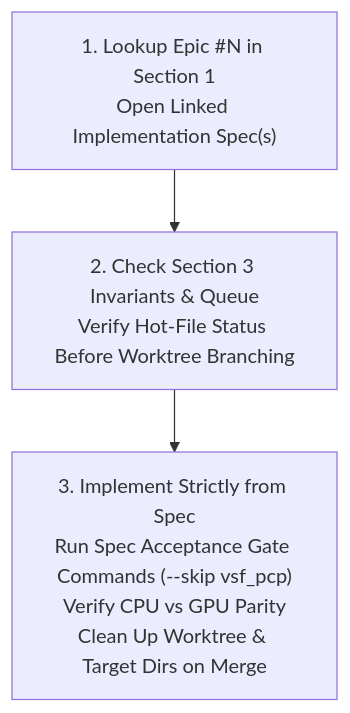
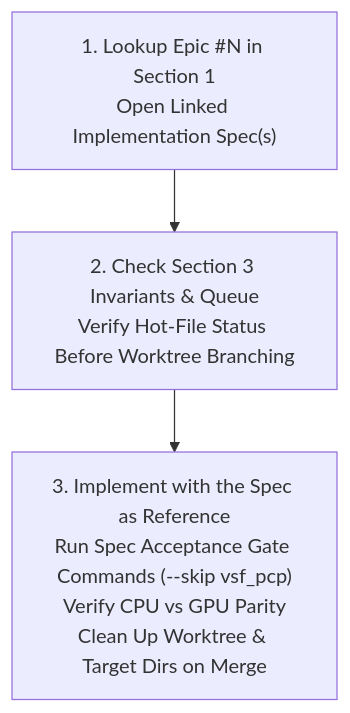
Before and after one commit to jangtrinh/design-os-studio: the first of 2 diagrams in docs/specs/epics-figma-rea/EPIC-FIGMA-SPECS-INDEX.md, drawn with Mermaid. The commit also changed other lines of this file and 3 other files, not shown here.

````diff
--- a/docs/specs/epics-figma-rea/EPIC-FIGMA-SPECS-INDEX.md
+++ b/docs/specs/epics-figma-rea/EPIC-FIGMA-SPECS-INDEX.md
@@ -61,5 +61,5 @@
 ```mermaid
 flowchart TD
     Step1["1. Lookup Epic #N in Section 1<br/>Open Linked Implementation Spec(s)"] --> Step2["2. Check Section 3 Invariants & Queue<br/>Verify Hot-File Status Before Worktree Branching"]
-    Step2 --> Step3["3. Implement Strictly from Spec<br/>Run Spec Acceptance Gate Commands (--skip vsf_pcp)<br/>Verify CPU vs GPU Parity<br/>Clean Up Worktree & Target Dirs on Merge"]
+    Step2 --> Step3["3. Implement with the Spec as Reference<br/>Run Spec Acceptance Gate Commands (--skip vsf_pcp)<br/>Verify CPU vs GPU Parity<br/>Clean Up Worktree & Target Dirs on Merge"]
 ```
````
